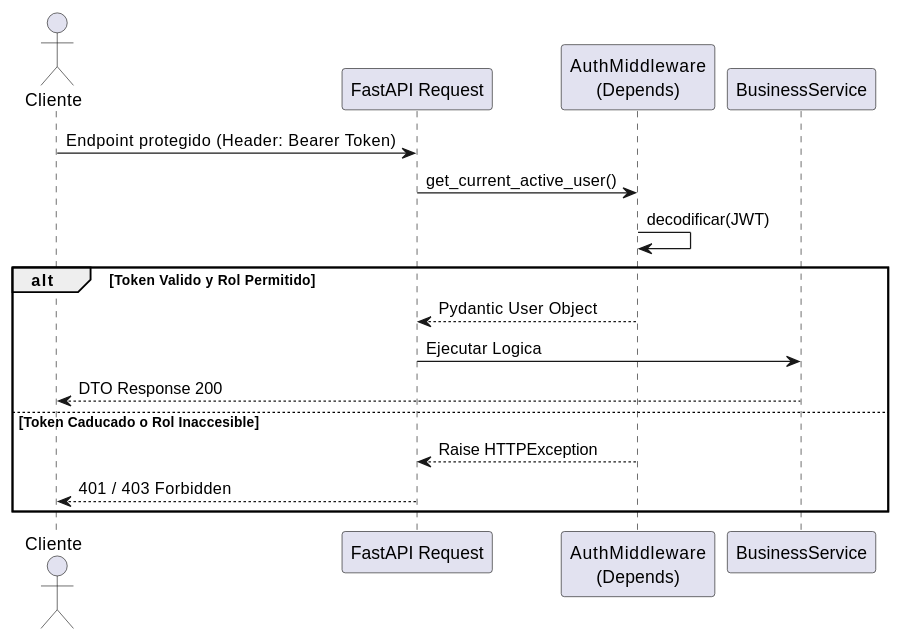
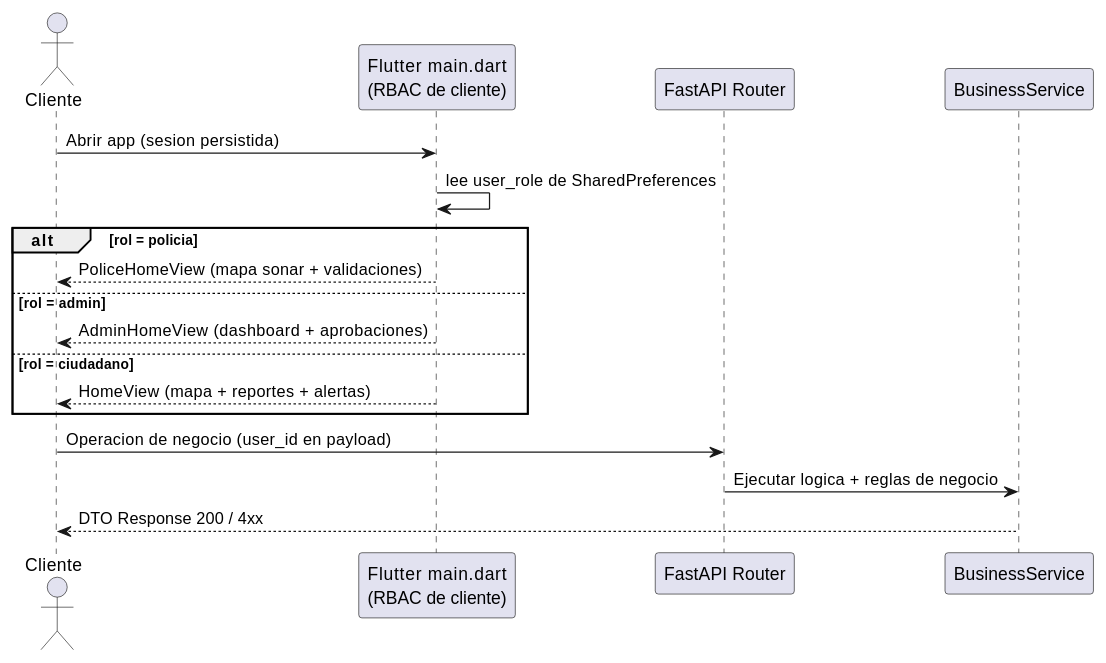
One commit to pieroalexanderppc/sgeo_pp changed the ninth of 10 diagrams in docs/FD04-EPIS-Informe SAD de Proyecto.md. Above: the diagram before and after it, drawn with PlantUML. The commit also changed other lines of this file and 27 other files, not shown here.

````diff
--- a/docs/FD04-EPIS-Informe SAD de Proyecto.md
+++ b/docs/FD04-EPIS-Informe SAD de Proyecto.md
@@ -514,21 +572,22 @@
 ```plantuml
 @startuml
 skinparam shadowing false
 actor Cliente
-participant "FastAPI Request" as API
-participant "AuthMiddleware\n(Depends)" as MID
+participant "Flutter main.dart\n(RBAC de cliente)" as RBAC
+participant "FastAPI Router" as API
 participant "BusinessService" as SRV
 
-Cliente -> API: Endpoint protegido (Header: Bearer Token)
-API -> MID: get_current_active_user()
-MID -> MID: decodificar(JWT)
-alt Token Valido y Rol Permitido
-    MID --> API: Pydantic User Object
-    API -> SRV: Ejecutar Logica
-    SRV --> Cliente: DTO Response 200
-else Token Caducado o Rol Inaccesible
-    MID --> API: Raise HTTPException
-    API --> Cliente: 401 / 403 Forbidden
+Cliente -> RBAC: Abrir app (sesion persistida)
+RBAC -> RBAC: lee user_role de SharedPreferences
+alt rol = policia
+    RBAC --> Cliente: PoliceHomeView (mapa sonar + validaciones)
+else rol = admin
+    RBAC --> Cliente: AdminHomeView (dashboard + aprobaciones)
+else rol = ciudadano
+    RBAC --> Cliente: HomeView (mapa + reportes + alertas)
 end
+Cliente -> API: Operacion de negocio (user_id en payload)
+API -> SRV: Ejecutar logica + reglas de negocio
+SRV --> Cliente: DTO Response 200 / 4xx
 @enduml
 ```
````
